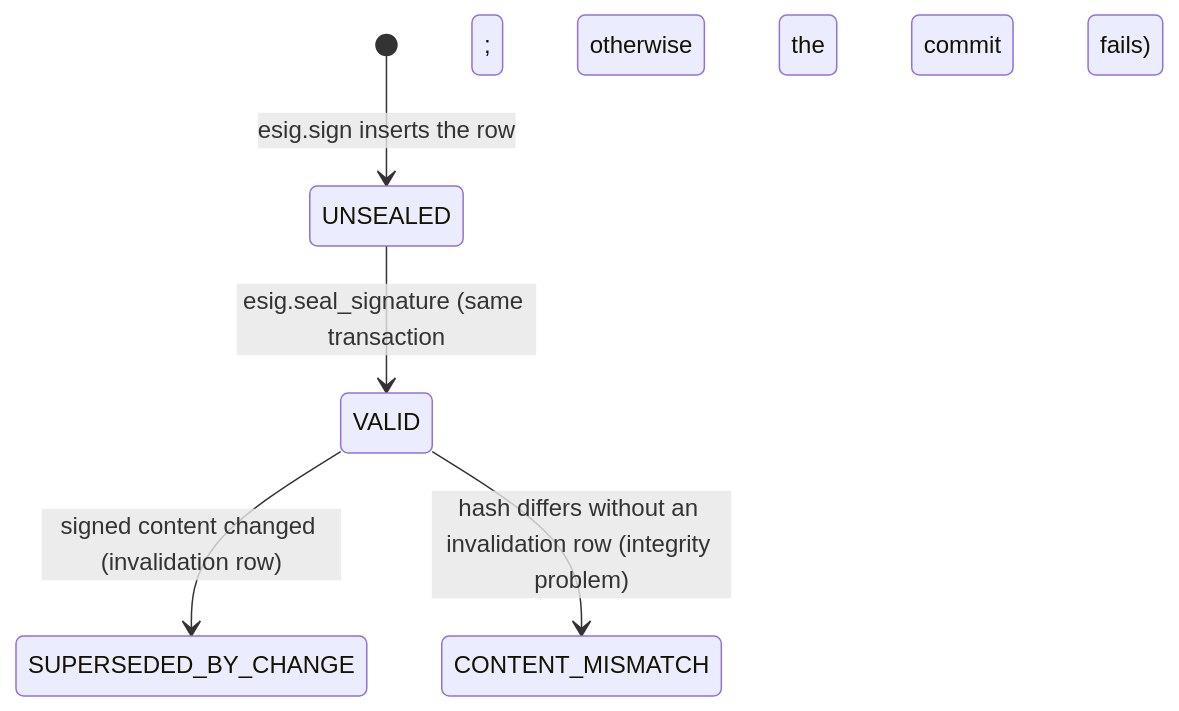
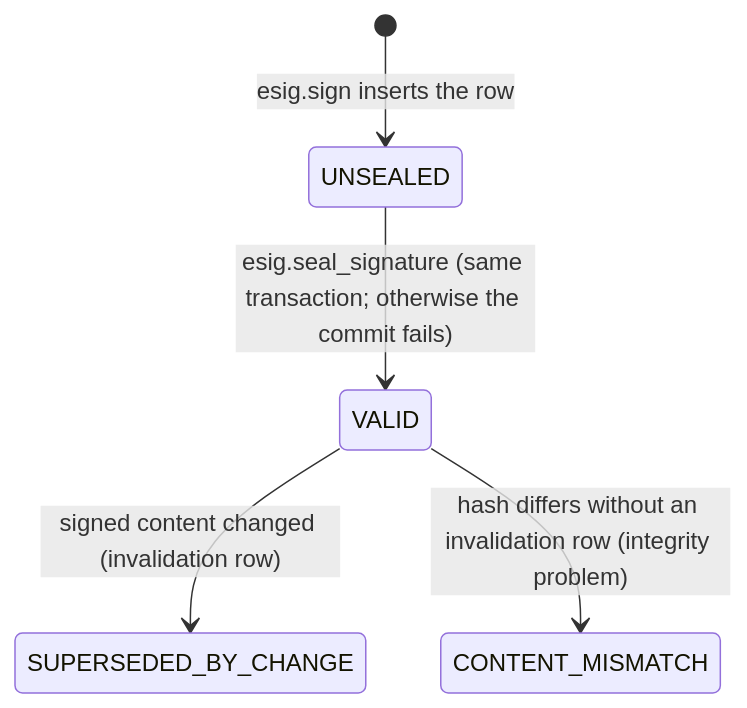
One commit to maglesT/ebmr changed the third of 8 diagrams in docs/handbook/modules/kernel.md. Above: the diagram before and after it, drawn with Mermaid. The commit also changed other lines of this file and 4 other files, not shown here.

First line of the commit message:
docs(handbook): escape ; and : in mermaid sequence and state labels so they render on GitHub

````diff
--- a/docs/handbook/modules/kernel.md
+++ b/docs/handbook/modules/kernel.md
@@ -454,7 +454,7 @@
 ```mermaid
 stateDiagram-v2
   [*] --> UNSEALED: esig.sign inserts the row
-  UNSEALED --> VALID: esig.seal_signature (same transaction; otherwise the commit fails)
+  UNSEALED --> VALID: esig.seal_signature (same transaction#59; otherwise the commit fails)
   VALID --> SUPERSEDED_BY_CHANGE: signed content changed (invalidation row)
   VALID --> CONTENT_MISMATCH: hash differs without an invalidation row (integrity problem)
 ```
````
